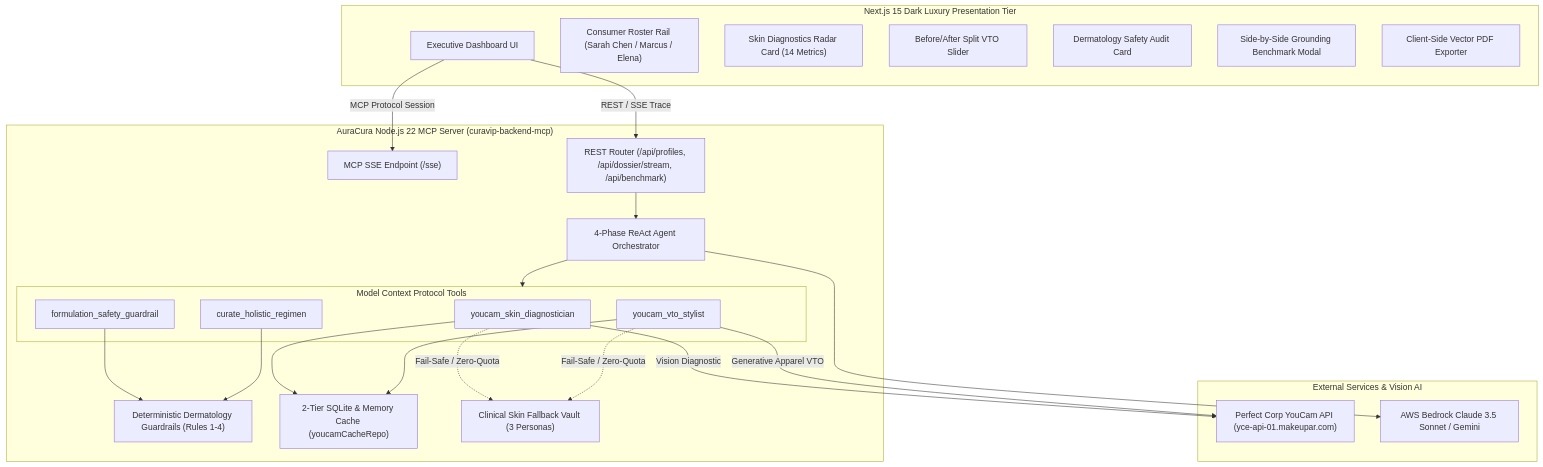
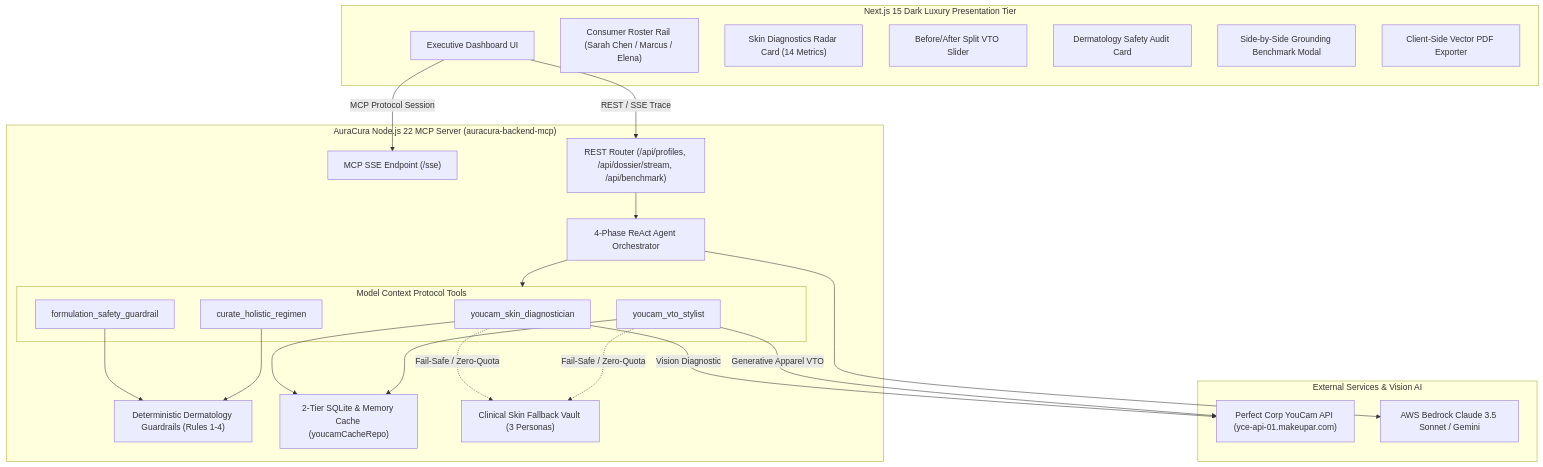
One commit to PHONGUIT22/AURACURA changed the first of 2 diagrams in README.md. Above: the diagram before and after it, drawn with Mermaid. The commit also changed other lines of this file, not shown here.

Commit message:
docs: add YouTube demo video walkthrough and finalize auracura branding in README

````diff
--- a/README.md
+++ b/README.md
@@ -78,51 +88,51 @@
 ```mermaid
 flowchart TD
     subgraph Frontend ["Next.js 15 Dark Luxury Presentation Tier"]
         UI["Executive Dashboard UI"]
         Roster["Consumer Roster Rail (Sarah Chen / Marcus / Elena)"]
         DiagnosticsCard["Skin Diagnostics Radar Card (14 Metrics)"]
         VTOCard["Before/After Split VTO Slider"]
         SafetyCard["Dermatology Safety Audit Card"]
         Benchmark["Side-by-Side Grounding Benchmark Modal"]
         PDFExport["Client-Side Vector PDF Exporter"]
     end
 
-    subgraph Backend_MCP ["AuraCura Node.js 22 MCP Server (curavip-backend-mcp)"]
+    subgraph Backend_MCP ["AuraCura Node.js 22 MCP Server (auracura-backend-mcp)"]
         SSE_Endpoint["MCP SSE Endpoint (/sse)"]
         REST_Routes["REST Router (/api/profiles, /api/dossier/stream, /api/benchmark)"]
         Orchestrator["4-Phase ReAct Agent Orchestrator"]
         
         subgraph MCP_Tools ["Model Context Protocol Tools"]
             T1["youcam_skin_diagnostician"]
             T2["youcam_vto_stylist"]
             T3["formulation_safety_guardrail"]
             T4["curate_holistic_regimen"]
         end
         
         GuardrailEngine["Deterministic Dermatology Guardrails (Rules 1-4)"]
         CacheRepo["2-Tier SQLite & Memory Cache (youcamCacheRepo)"]
         FallbackVault["Clinical Skin Fallback Vault (3 Personas)"]
     end
 
     subgraph External_Intelligence ["External Services & Vision AI"]
         YouCamAPI["Perfect Corp YouCam API (yce-api-01.makeupar.com)"]
         BedrockClaude["AWS Bedrock Claude 3.5 Sonnet / Gemini"]
     end
 
     UI -->|REST / SSE Trace| REST_Routes
     UI -->|MCP Protocol Session| SSE_Endpoint
     REST_Routes --> Orchestrator
     Orchestrator --> MCP_Tools
     Orchestrator --> BedrockClaude
     
     T1 -->|Vision Diagnostic| YouCamAPI
     T2 -->|Generative Apparel VTO| YouCamAPI
     T1 -.->|Fail-Safe / Zero-Quota| FallbackVault
     T2 -.->|Fail-Safe / Zero-Quota| FallbackVault
     
     T3 --> GuardrailEngine
     T4 --> GuardrailEngine
     
     T1 --> CacheRepo
     T2 --> CacheRepo
 ```
````
